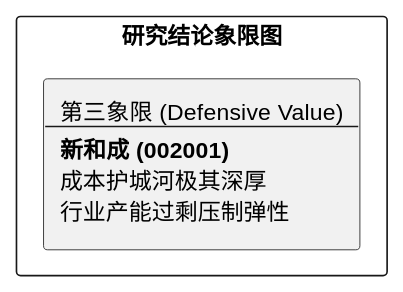
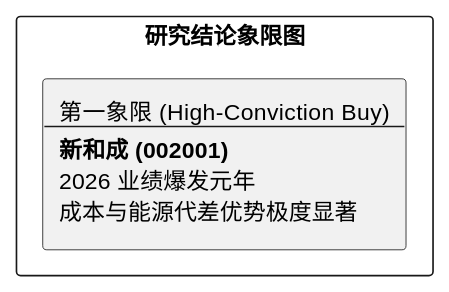
One commit to hrzzzrh/QuantPyLab changed the diagram in investigation/equities/新和成/reports/研报章节七：投资摘要与风险因素.md. Above: the diagram before and after it, drawn with PlantUML. The commit also changed other lines of this file and 99 other files, not shown here.

````diff
--- a/investigation/equities/新和成/reports/研报章节七：投资摘要与风险因素.md
+++ b/investigation/equities/新和成/reports/研报章节七：投资摘要与风险因素.md
@@ -24,7 +24,7 @@
 ```plantuml
 @startuml
 rectangle "研究结论象限图" {
-    rectangle "第三象限 (Defensive Value)\n--\n**新和成 (002001)**\n成本护城河极其深厚\n行业产能过剩压制弹性" as Q3
+    rectangle "第一象限 (High-Conviction Buy)\n--\n**新和成 (002001)**\n2026 业绩爆发元年\n成本与能源代差优势极度显著" as Q1
 }
 @enduml
 ```
````
